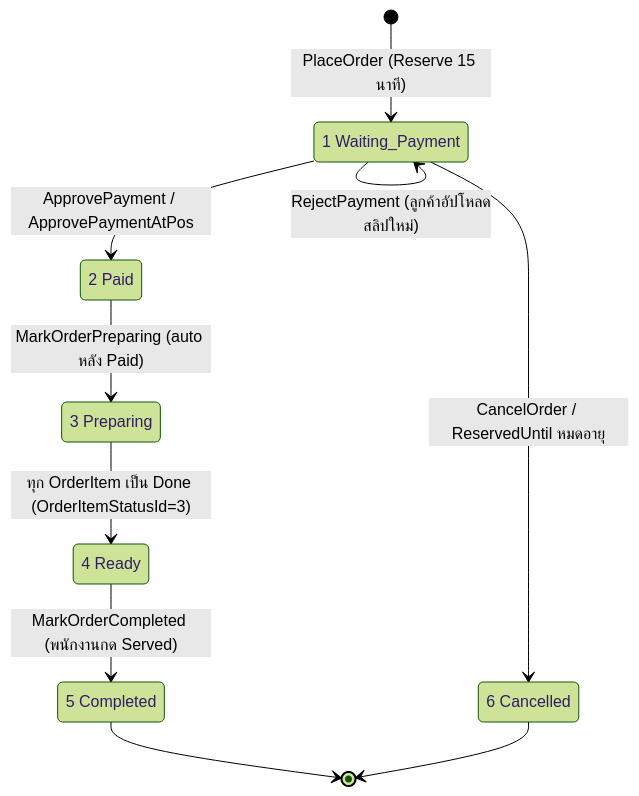
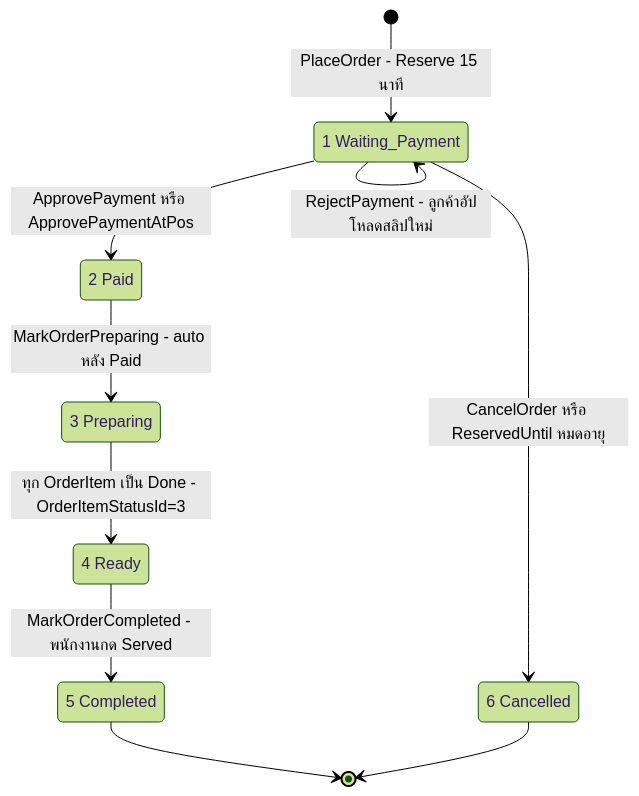
The seventh of 8 diagrams in README.md (InkSpuDek66/smart-cafe-management), drawn with Mermaid (forest theme) before and after one commit. The commit also changed other lines of this file, not shown here.

First line of the commit message:
Fix Mermaid diagram syntax and correct demo login credentials

````diff
--- a/README.md
+++ b/README.md
@@ -1391,19 +1395,19 @@
 ```mermaid
 stateDiagram-v2
     state "1 Waiting_Payment" as S1
     state "2 Paid" as S2
     state "3 Preparing" as S3
     state "4 Ready" as S4
     state "5 Completed" as S5
     state "6 Cancelled" as S6
 
-    [*] --> S1 : PlaceOrder (Reserve 15 นาที)
-    S1 --> S2 : ApprovePayment / ApprovePaymentAtPos
-    S1 --> S1 : RejectPayment (ลูกค้าอัปโหลดสลิปใหม่)
-    S1 --> S6 : CancelOrder / ReservedUntil หมดอายุ
-    S2 --> S3 : MarkOrderPreparing (auto หลัง Paid)
-    S3 --> S4 : ทุก OrderItem เป็น Done (OrderItemStatusId=3)
-    S4 --> S5 : MarkOrderCompleted (พนักงานกด Served)
+    [*] --> S1 : PlaceOrder - Reserve 15 นาที
+    S1 --> S2 : ApprovePayment หรือ ApprovePaymentAtPos
+    S1 --> S1 : RejectPayment - ลูกค้าอัปโหลดสลิปใหม่
+    S1 --> S6 : CancelOrder หรือ ReservedUntil หมดอายุ
+    S2 --> S3 : MarkOrderPreparing - auto หลัง Paid
+    S3 --> S4 : ทุก OrderItem เป็น Done - OrderItemStatusId=3
+    S4 --> S5 : MarkOrderCompleted - พนักงานกด Served
     S5 --> [*]
     S6 --> [*]
 ```
````
